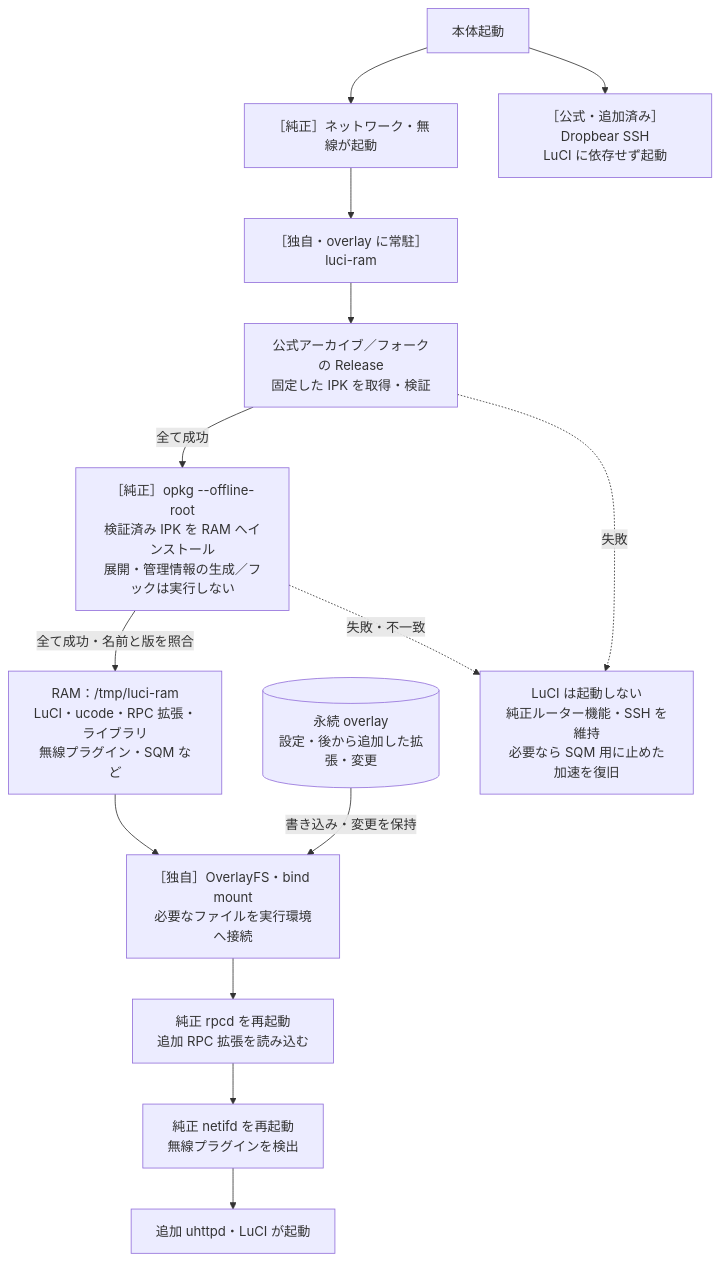
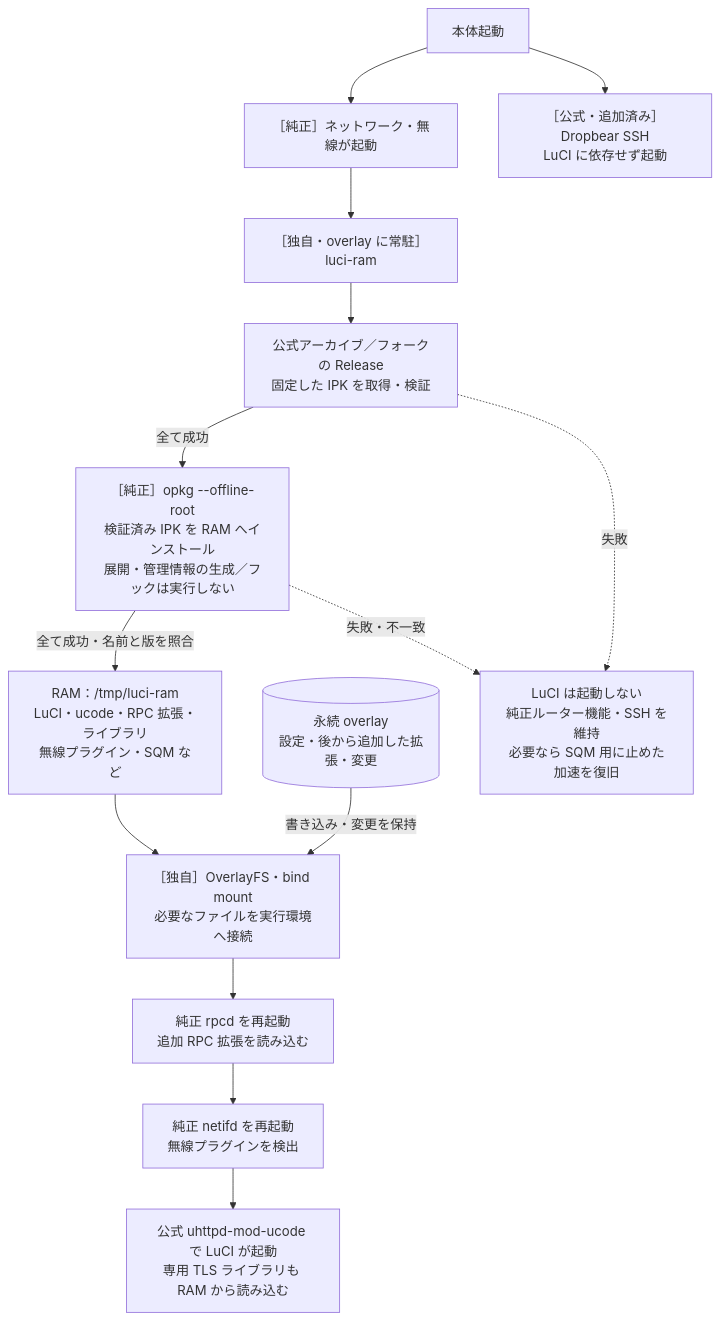
The second of 3 diagrams in README.md (onokatio/luci), drawn with Mermaid before and after one commit. The commit also changed other lines of this file and 1 other file, not shown here.

Commit message:
Document the official uhttpd ucode handler and private TLS runtime

````diff
--- a/README.md
+++ b/README.md
@@ -101,30 +105,30 @@
 ```mermaid
 flowchart TD
     BOOT["本体起動"]
     OEM["［純正］ネットワーク・無線が起動"]
     SSH["［公式・追加済み］Dropbear SSH<br/>LuCI に依存せず起動"]
     START["［独自・overlay に常駐］luci-ram"]
     DOWNLOAD["公式アーカイブ／フォークの Release<br/>固定した IPK を取得・検証"]
     OPKG["［純正］opkg --offline-root<br/>検証済み IPK を RAM へインストール<br/>展開・管理情報の生成／フックは実行しない"]
     RAM["RAM：/tmp/luci-ram<br/>LuCI・ucode・RPC 拡張・ライブラリ<br/>無線プラグイン・SQM など"]
     MOUNT["［独自］OverlayFS・bind mount<br/>必要なファイルを実行環境へ接続"]
     RPC["純正 rpcd を再起動<br/>追加 RPC 拡張を読み込む"]
     NET["純正 netifd を再起動<br/>無線プラグインを検出"]
-    WEB["追加 uhttpd・LuCI が起動"]
+    WEB["公式 uhttpd-mod-ucode で LuCI が起動<br/>専用 TLS ライブラリも RAM から読み込む"]
     UPPER[("永続 overlay<br/>設定・後から追加した拡張・変更")]
     FAILURE["LuCI は起動しない<br/>純正ルーター機能・SSH を維持<br/>必要なら SQM 用に止めた加速を復旧"]
 
     BOOT --> OEM
     BOOT --> SSH
     OEM --> START
     START --> DOWNLOAD
     DOWNLOAD -->|"全て成功"| OPKG
     OPKG -->|"全て成功・名前と版を照合"| RAM
     OPKG -.->|"失敗・不一致"| FAILURE
     DOWNLOAD -.->|"失敗"| FAILURE
     RAM --> MOUNT
     UPPER -->|"書き込み・変更を保持"| MOUNT
     MOUNT --> RPC
     RPC --> NET
     NET --> WEB
 ```
````
